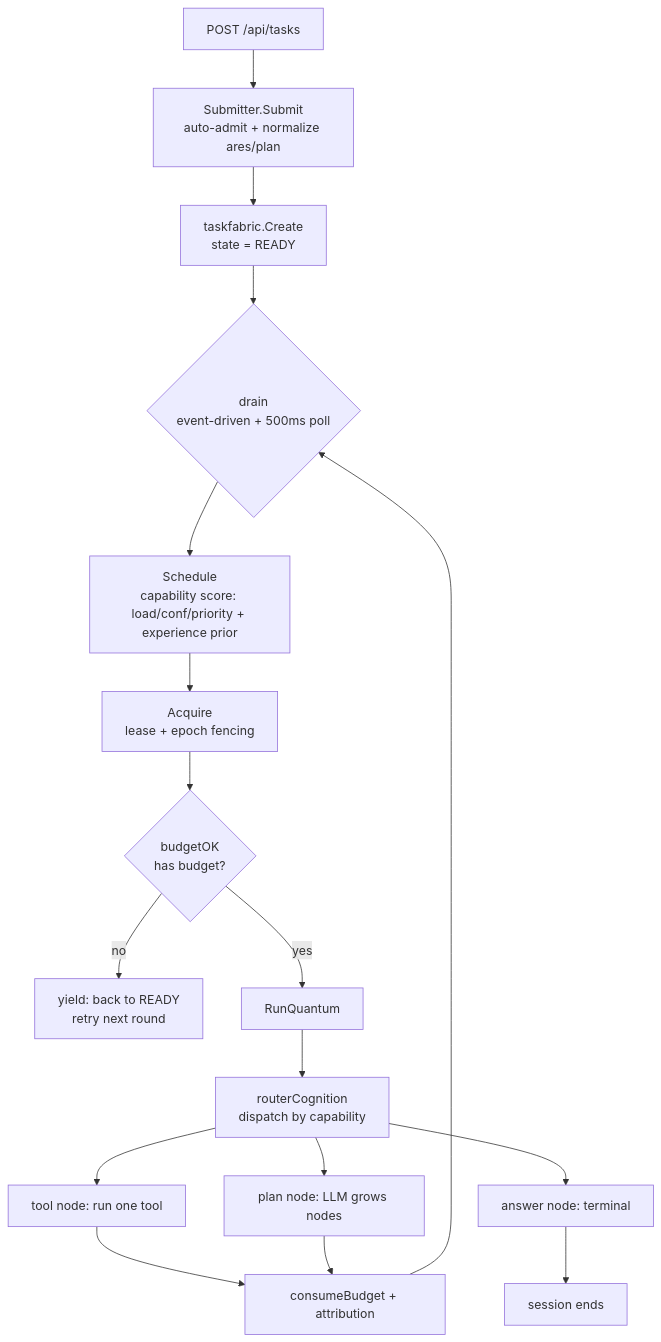
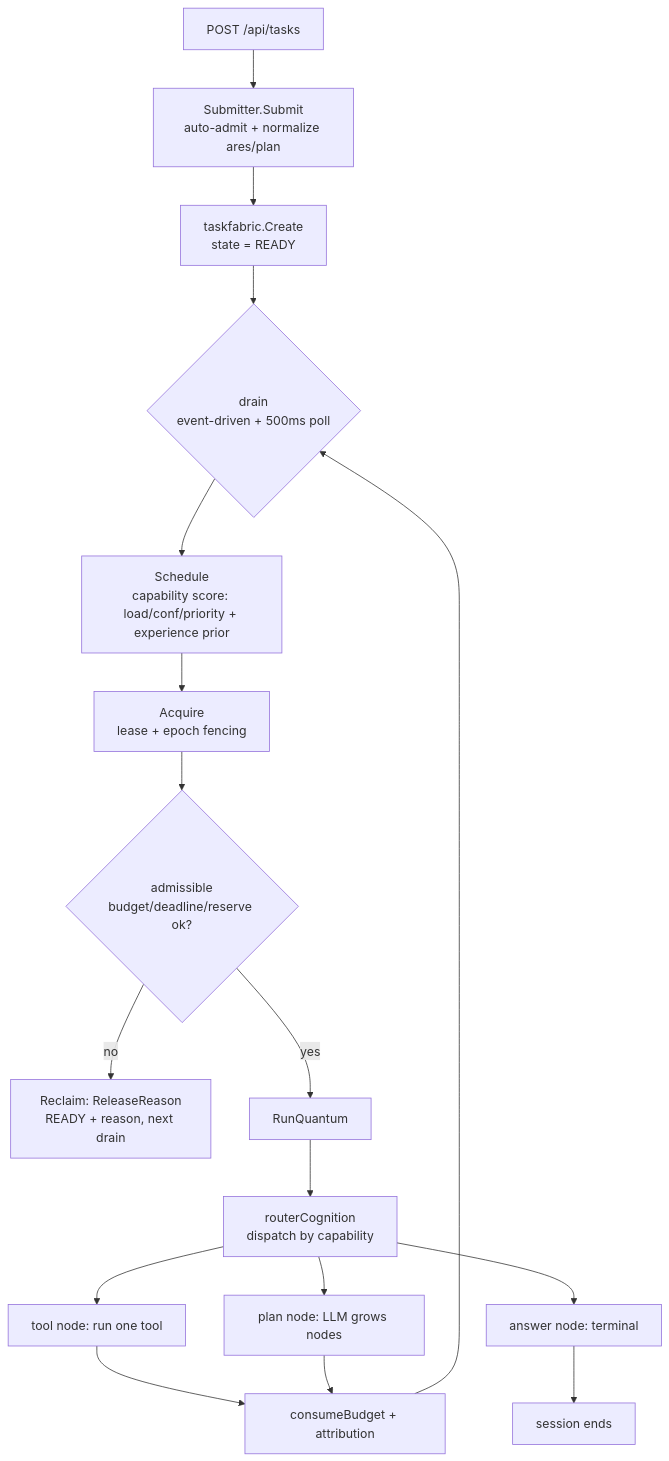
The third of 26 diagrams in docs/system-internals.en.md (Timwood0x10/ARES), drawn with Mermaid before and after one commit. The commit also changed other lines of this file and 61 other files, not shown here.

````diff
--- a/docs/system-internals.en.md
+++ b/docs/system-internals.en.md
@@ -198,19 +198,19 @@
 ```mermaid
 flowchart TD
     submit[POST /api/tasks] --> adm[Submitter.Submit<br/>auto-admit + normalize ares/plan]
     adm --> create[taskfabric.Create<br/>state = READY]
     create --> drain{drain<br/>event-driven + 500ms poll}
     drain --> sched[Schedule<br/>capability score: load/conf/priority + experience prior]
     sched --> acq[Acquire<br/>lease + epoch fencing]
-    acq --> gate{budgetOK<br/>has budget?}
-    gate -- no --> yield[yield: back to READY<br/>retry next round]
+    acq --> gate{admissible<br/>budget/deadline/reserve ok?}
+    gate -- no --> reclaim[Reclaim: ReleaseReason<br/>READY + reason, next drain]
     gate -- yes --> run[RunQuantum]
     run --> router[routerCognition<br/>dispatch by capability]
     router --> tool[tool node: run one tool]
     router --> plan[plan node: LLM grows nodes]
     router --> ans[answer node: terminal]
     tool --> consume[consumeBudget + attribution]
     plan --> consume
     consume --> drain
     ans --> done[session ends]
 ```
````
